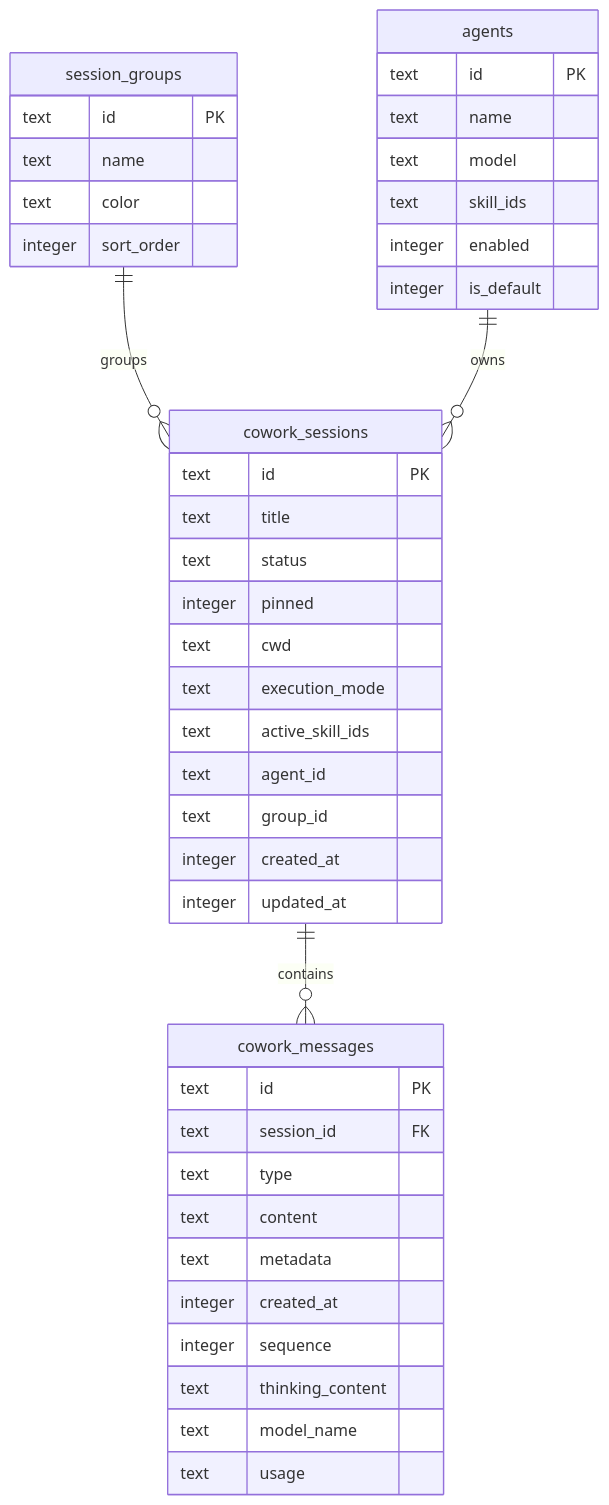
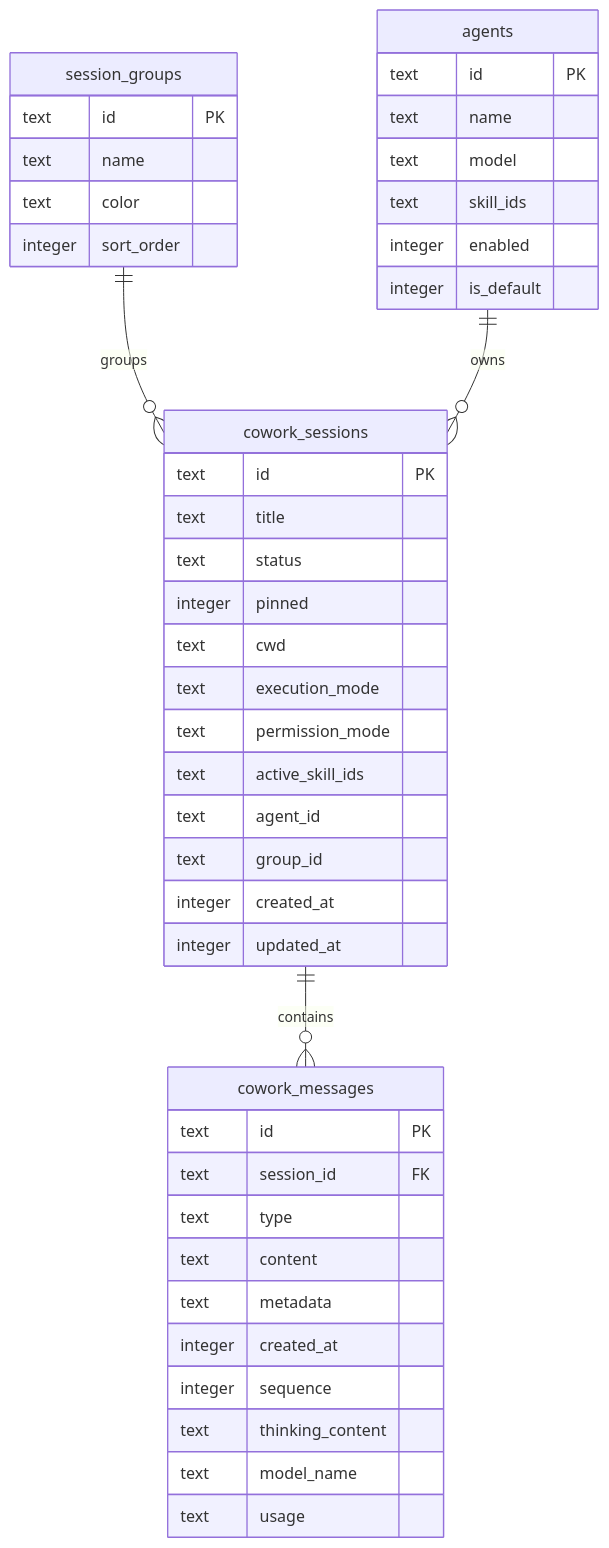
One commit to liangxhao/JustDo changed the second of 2 diagrams in docs/architecture/10-data-storage.md. Above: the diagram before and after it, drawn with Mermaid. The commit also changed other lines of this file and 34 other files, not shown here.

````diff
--- a/docs/architecture/10-data-storage.md
+++ b/docs/architecture/10-data-storage.md
@@ -63,49 +69,50 @@
 ```mermaid
 erDiagram
   cowork_sessions ||--o{ cowork_messages : contains
   session_groups ||--o{ cowork_sessions : groups
   agents ||--o{ cowork_sessions : owns
 
   cowork_sessions {
     text id PK
     text title
     text status
     integer pinned
     text cwd
     text execution_mode
+    text permission_mode
     text active_skill_ids
     text agent_id
     text group_id
     integer created_at
     integer updated_at
   }
 
   cowork_messages {
     text id PK
     text session_id FK
     text type
     text content
     text metadata
     integer created_at
     integer sequence
     text thinking_content
     text model_name
     text usage
   }
 
   agents {
     text id PK
     text name
     text model
     text skill_ids
     integer enabled
     integer is_default
   }
 
   session_groups {
     text id PK
     text name
     text color
     integer sort_order
   }
 ```
````
